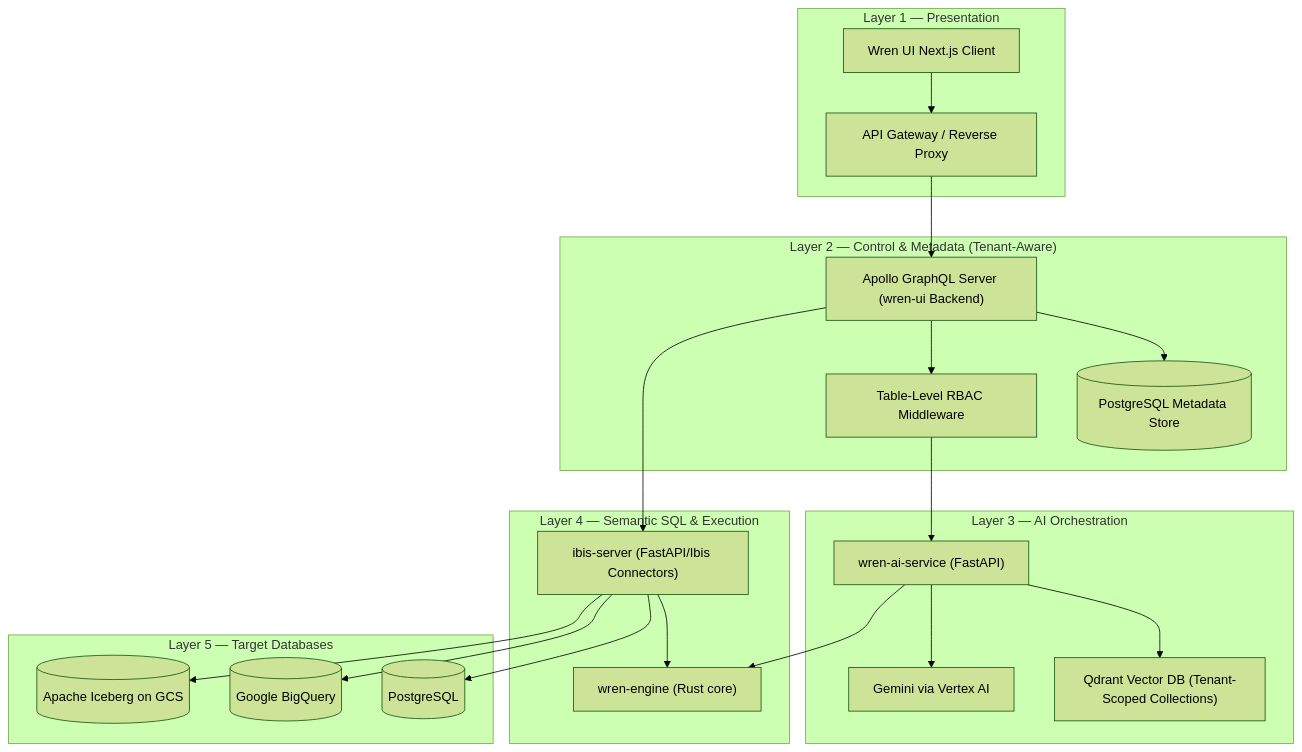
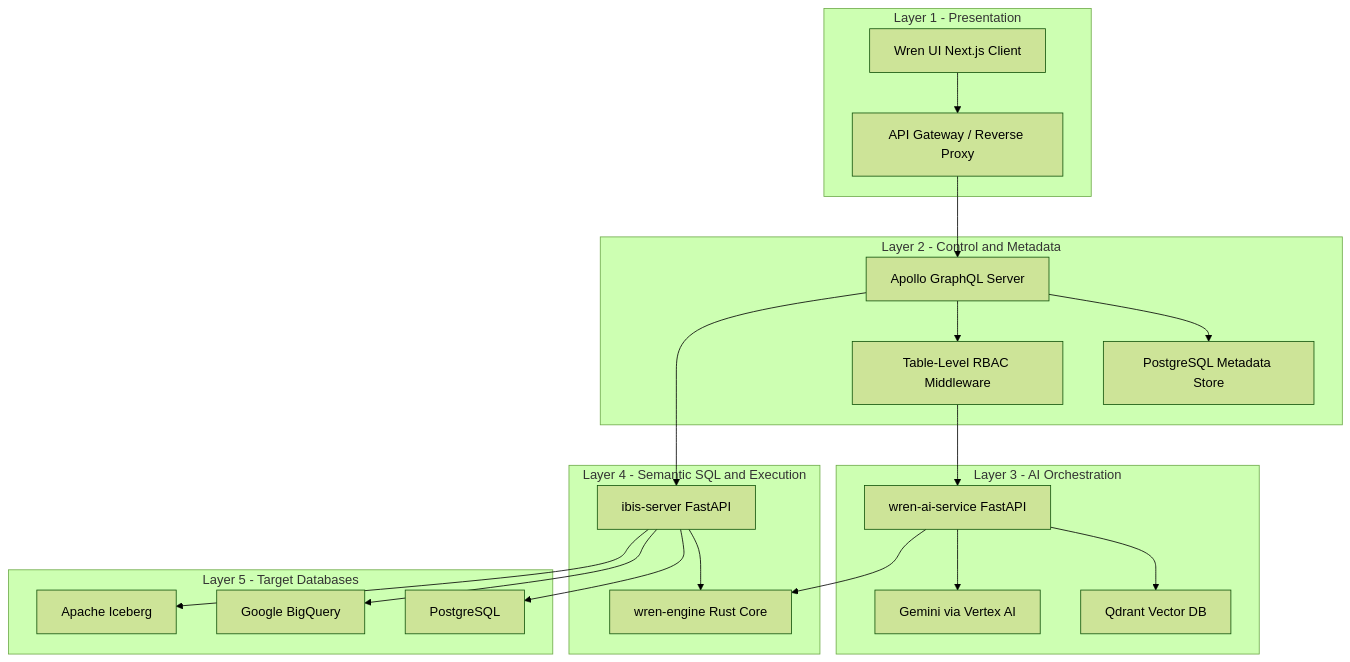
The first of 3 diagrams in POC_DOCUMENTS/legacy/bank_semantic_platform_architecture.md (arpit199924/Wren_setup), drawn with Mermaid (forest theme) before and after one commit. The commit also changed other lines of this file and 2 other files, not shown here.

Commit message:
Update legacy documents to include both text-based ASCII flowcharts and corrected Mermaid syntax

````diff
--- a/POC_DOCUMENTS/legacy/bank_semantic_platform_architecture.md
+++ b/POC_DOCUMENTS/legacy/bank_semantic_platform_architecture.md
@@ -13,44 +13,44 @@
 ```mermaid
 graph TB
-    subgraph Client ["Layer 1 — Presentation"]
+    subgraph L1 ["Layer 1 - Presentation"]
         UI["Wren UI Next.js Client"]
         Gateway["API Gateway / Reverse Proxy"]
     end
 
-    subgraph Control ["Layer 2 — Control & Metadata (Tenant-Aware)"]
-        Apollo["Apollo GraphQL Server (wren-ui Backend)"]
-        DB[(PostgreSQL Metadata Store)]
+    subgraph L2 ["Layer 2 - Control and Metadata"]
+        Apollo["Apollo GraphQL Server"]
+        DB["PostgreSQL Metadata Store"]
         RBAC["Table-Level RBAC Middleware"]
     end
 
-    subgraph Intelligence ["Layer 3 — AI Orchestration"]
-        AIService["wren-ai-service (FastAPI)"]
-        Qdrant["Qdrant Vector DB (Tenant-Scoped Collections)"]
+    subgraph L3 ["Layer 3 - AI Orchestration"]
+        AIService["wren-ai-service FastAPI"]
+        Qdrant["Qdrant Vector DB"]
         Gemini["Gemini via Vertex AI"]
     end
 
-    subgraph Semantic ["Layer 4 — Semantic SQL & Execution"]
-        Ibis["ibis-server (FastAPI/Ibis Connectors)"]
-        Engine["wren-engine (Rust core)"]
+    subgraph L4 ["Layer 4 - Semantic SQL and Execution"]
+        Ibis["ibis-server FastAPI"]
+        Engine["wren-engine Rust Core"]
     end
 
-    subgraph Data ["Layer 5 — Target Databases"]
-        Postgres[("PostgreSQL")]
-        BigQuery[("Google BigQuery")]
-        Iceberg[("Apache Iceberg on GCS")]
+    subgraph L5 ["Layer 5 - Target Databases"]
+        Postgres["PostgreSQL"]
+        BigQuery["Google BigQuery"]
+        Iceberg["Apache Iceberg"]
     end
 
     UI --> Gateway
     Gateway --> Apollo
     Apollo --> DB
     Apollo --> RBAC
     RBAC --> AIService
     AIService --> Qdrant
     AIService --> Gemini
     AIService --> Engine
     Apollo --> Ibis
     Ibis --> Engine
     Ibis --> Postgres
     Ibis --> BigQuery
     Ibis --> Iceberg
 ```
````
